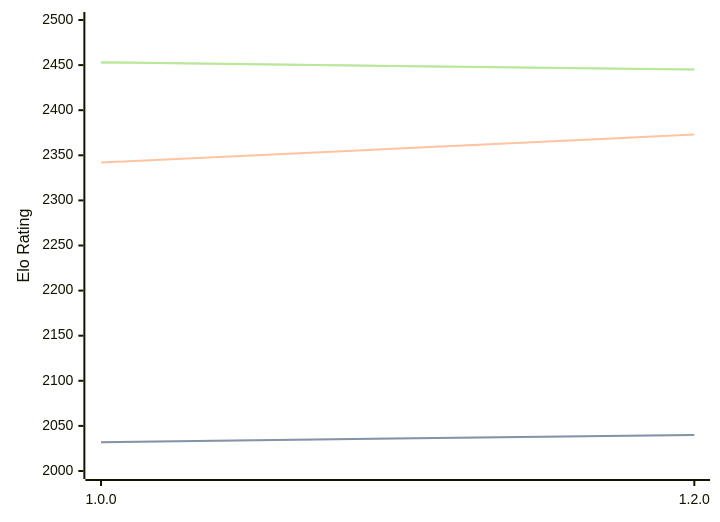
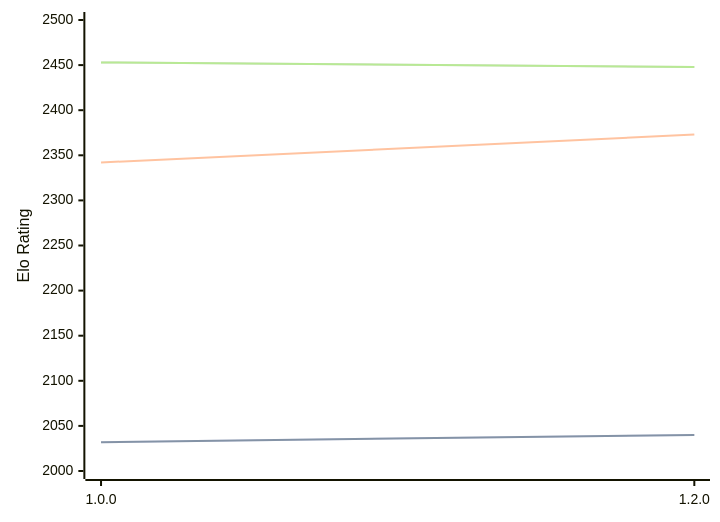
Before and after one commit to computer-chess-index/cci: the diagram in engines/Basilisk.md, drawn with Mermaid. The commit also changed other lines of this file, not shown here.

Commit message:
Update CCI Ratings (ELO VLTC) - 2026-06-09

````diff
--- a/engines/Basilisk.md
+++ b/engines/Basilisk.md
@@ -47,11 +47,11 @@
 ```mermaid
 %%{init: {"theme":"base","themeVariables":{"seriesColors:['#a3a3a3','#222221','#faa371']}}}%%
 xychart-beta
   x-axis ["1.0.0", "1.2.0"]
   y-axis "Elo Rating" 2000 --> 2500
   line "STC (8.0+0.08s)" [2032, 2040]
   line "STC (8.0+0.08s)" [2032, 2040]
   line "LTC (60.0+0.60s)" [2342, 2373]
-  line "VLTC (2m24s+1.12s)" [2453, 2445]
-  line "VLTC (2m24s+1.12s)" [2453, 2445]
+  line "VLTC (2m24s+1.12s)" [2453, 2448]
+  line "VLTC (2m24s+1.12s)" [2453, 2448]
 ```
````
